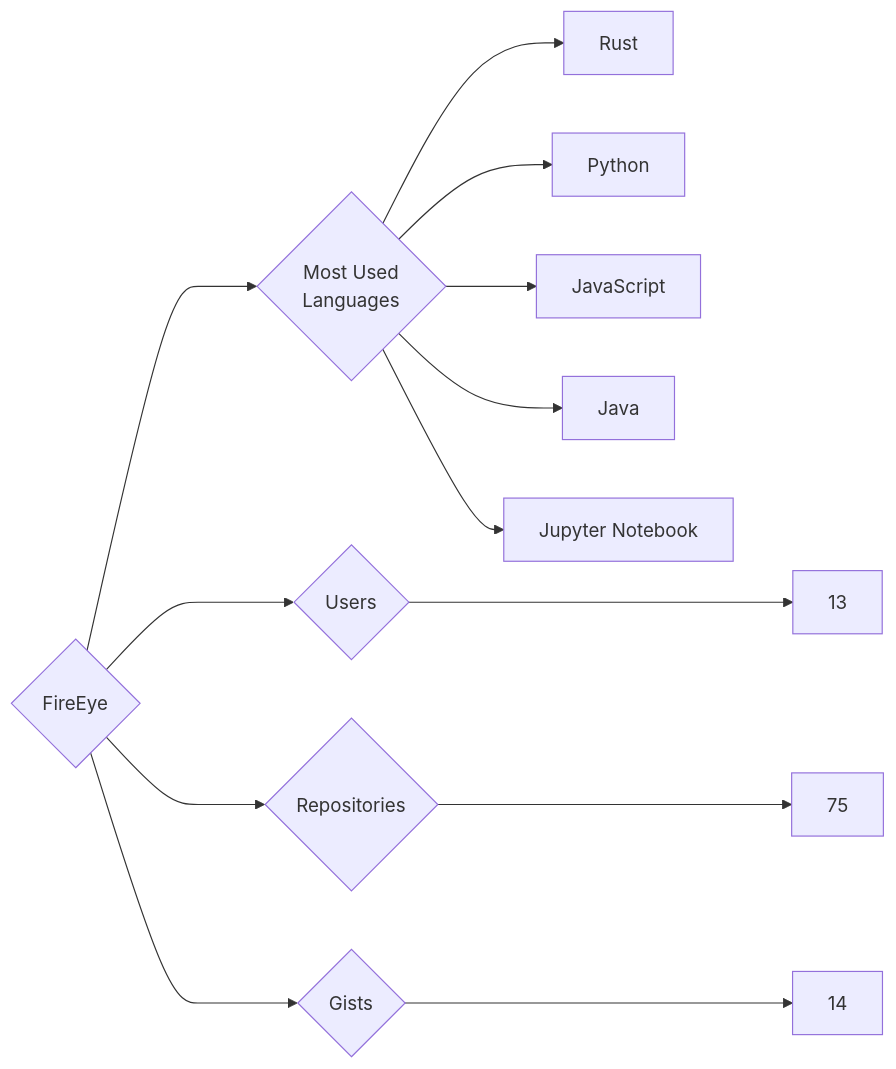
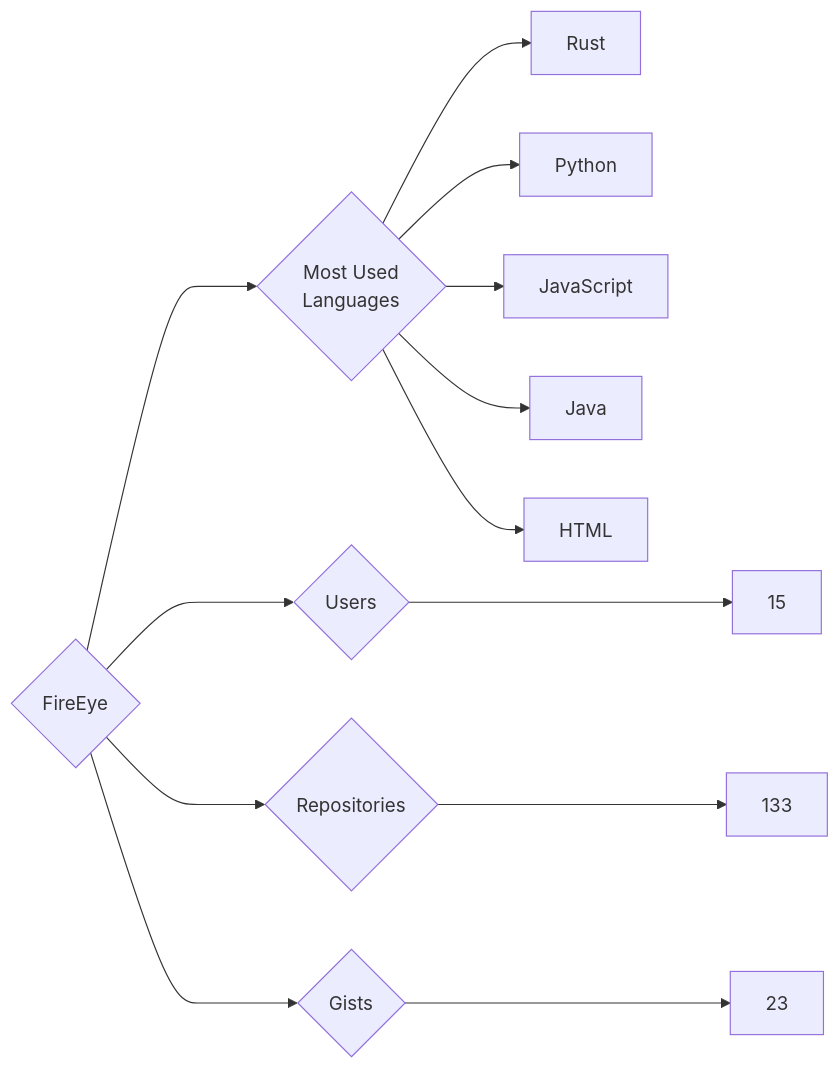
Before and after one commit to trickest/insiders: the diagram in targets/FireEye/README.md, drawn with Mermaid. The commit also changed 860 other files, not shown here.

````diff
--- a/targets/FireEye/README.md
+++ b/targets/FireEye/README.md
@@ -3,13 +3,13 @@
 ```mermaid
 graph LR
 COMPANY_NAME{FireEye}
-COMPANY_NAME ---> U{Users} ---> UN[13]
-COMPANY_NAME ---> R{Repositories} ---> RN[75]
-COMPANY_NAME ---> G{Gists} ---> GN[14]
+COMPANY_NAME ---> U{Users} ---> UN[15]
+COMPANY_NAME ---> R{Repositories} ---> RN[133]
+COMPANY_NAME ---> G{Gists} ---> GN[23]
 COMPANY_NAME ---> ML{Most Used<br>Languages}
 ML --> Rust[Rust]
 ML --> Python[Python]
 ML --> JavaScript[JavaScript]
 ML --> Java[Java]
-ML --> Jupyter_Notebook[Jupyter Notebook]
+ML --> HTML[HTML]
 ```
````
